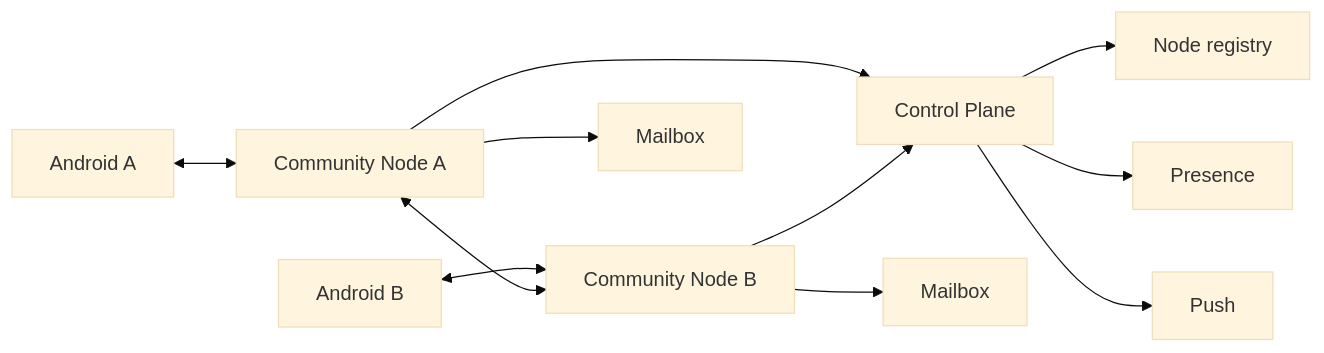
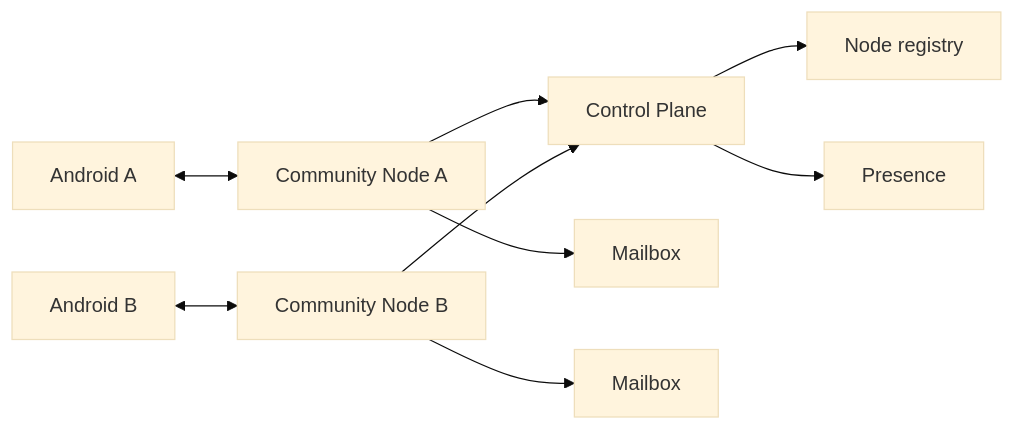
One commit to cbgm/Sparrow changed the diagram in docs/development/local-development.md. Above: the diagram before and after it, drawn with Mermaid (base theme). The commit also changed other lines of this file and 231 other files, not shown here.

````diff
--- a/docs/development/local-development.md
+++ b/docs/development/local-development.md
@@ -144,13 +144,11 @@
 ```mermaid
 flowchart LR
     APP1[Android A] <--> N1[Community Node A]
     APP2[Android B] <--> N2[Community Node B]
-    N1 <--> N2
     N1 --> CP[Control Plane]
     N2 --> CP
     CP --> REG[Node registry]
     CP --> PRES[Presence]
-    CP --> PUSH[Push]
     N1 --> MB1[Mailbox]
     N2 --> MB2[Mailbox]
 ```
````
